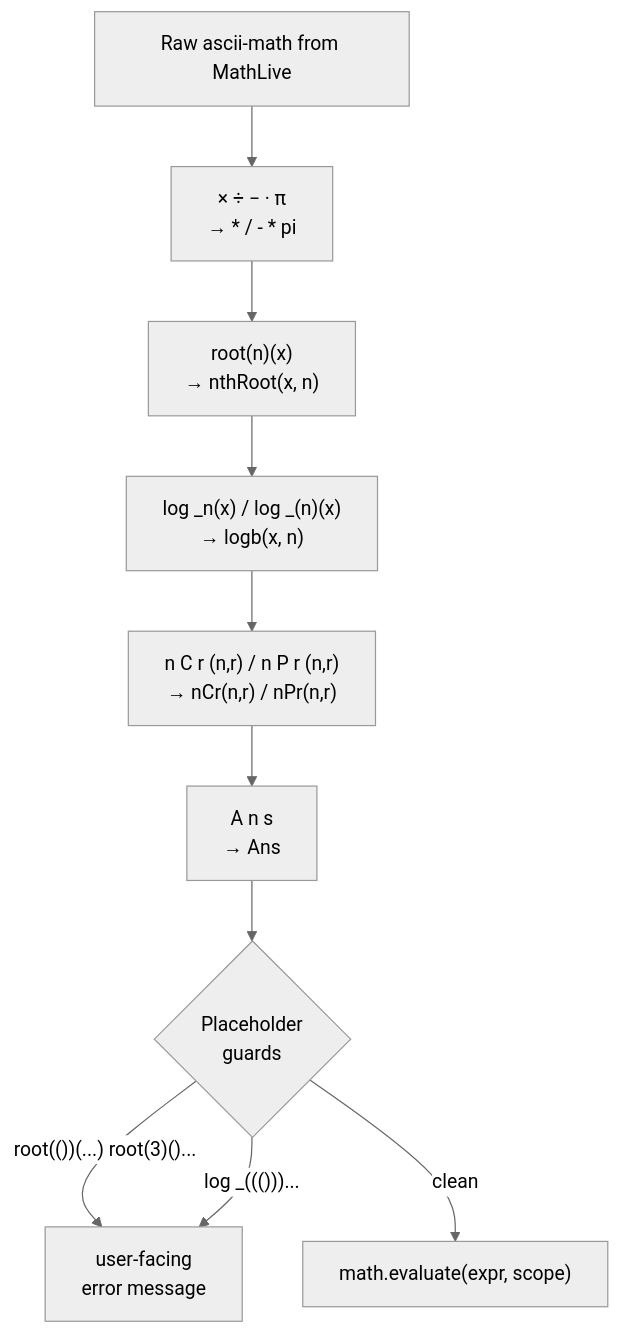
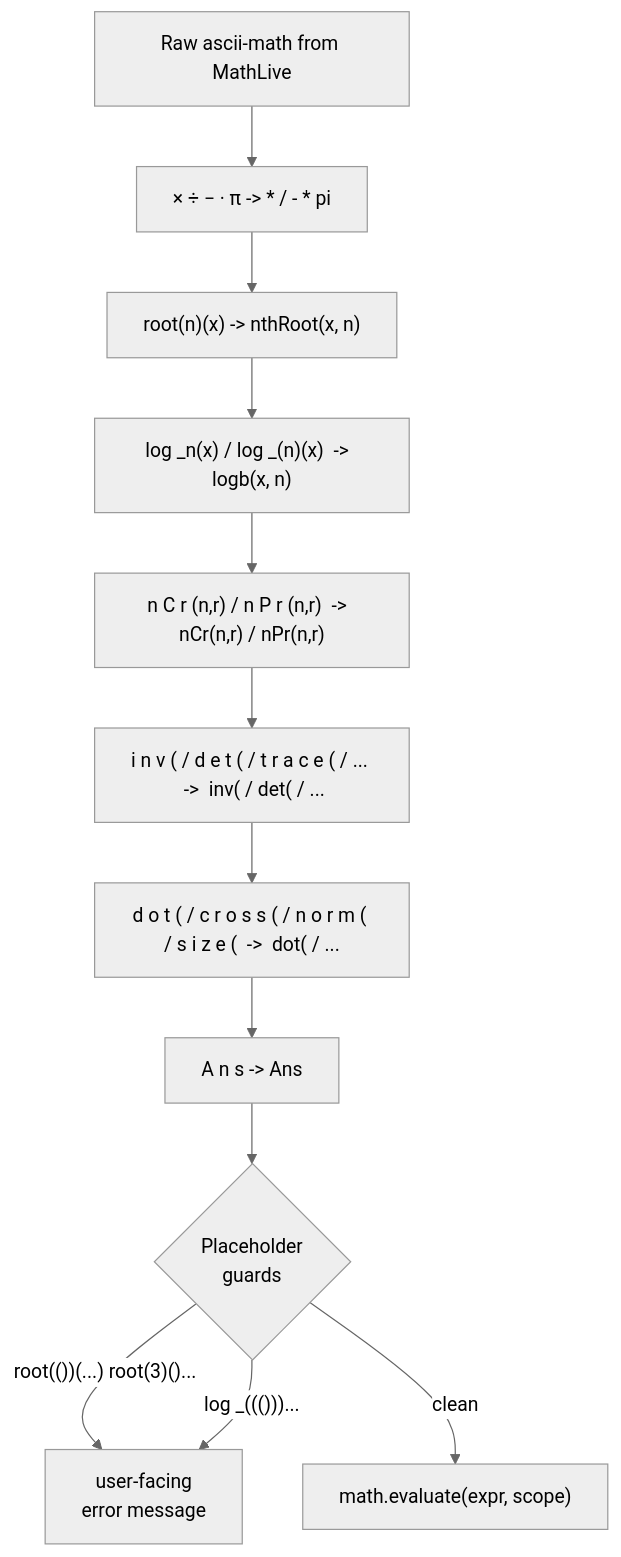
One commit to sreenikh/scientific-calculator changed the third of 3 diagrams in docs/architecture.md. Above: the diagram before and after it, drawn with Mermaid (neutral theme). The commit also changed other lines of this file and 3 other files, not shown here.

````diff
--- a/docs/architecture.md
+++ b/docs/architecture.md
@@ -66,13 +70,15 @@
 ```mermaid
 flowchart TD
     Raw["Raw ascii-math from MathLive"]
-    Raw --> S1["× ÷ − · π\n→ * / - * pi"]
-    S1 --> S2["root(n)(x)\n→ nthRoot(x, n)"]
-    S2 --> S3["log _n(x)  /  log _(n)(x)\n→ logb(x, n)"]
-    S3 --> S4["n C r (n,r)  /  n P r (n,r)\n→ nCr(n,r) / nPr(n,r)"]
-    S4 --> S5["A n s\n→ Ans"]
-    S5 --> G{"Placeholder\nguards"}
+    Raw --> S1["× ÷ − · π  ->  * / - * pi"]
+    S1 --> S2["root(n)(x)  ->  nthRoot(x, n)"]
+    S2 --> S3["log _n(x) / log _(n)(x)  ->  logb(x, n)"]
+    S3 --> S4["n C r (n,r) / n P r (n,r)  ->  nCr(n,r) / nPr(n,r)"]
+    S4 --> S5["i n v ( / d e t ( / t r a c e ( / ...  ->  inv( / det( / ..."]
+    S5 --> S6["d o t ( / c r o s s ( / n o r m ( / s i z e (  ->  dot( / ..."]
+    S6 --> S7["A n s  ->  Ans"]
+    S7 --> G{"Placeholder\nguards"}
     G -->|"root(())(...)  root(3)()..."| Err["user-facing\nerror message"]
     G -->|"log _((()))..."| Err
     G -->|clean| Eval["math.evaluate(expr, scope)"]
 ```
````
